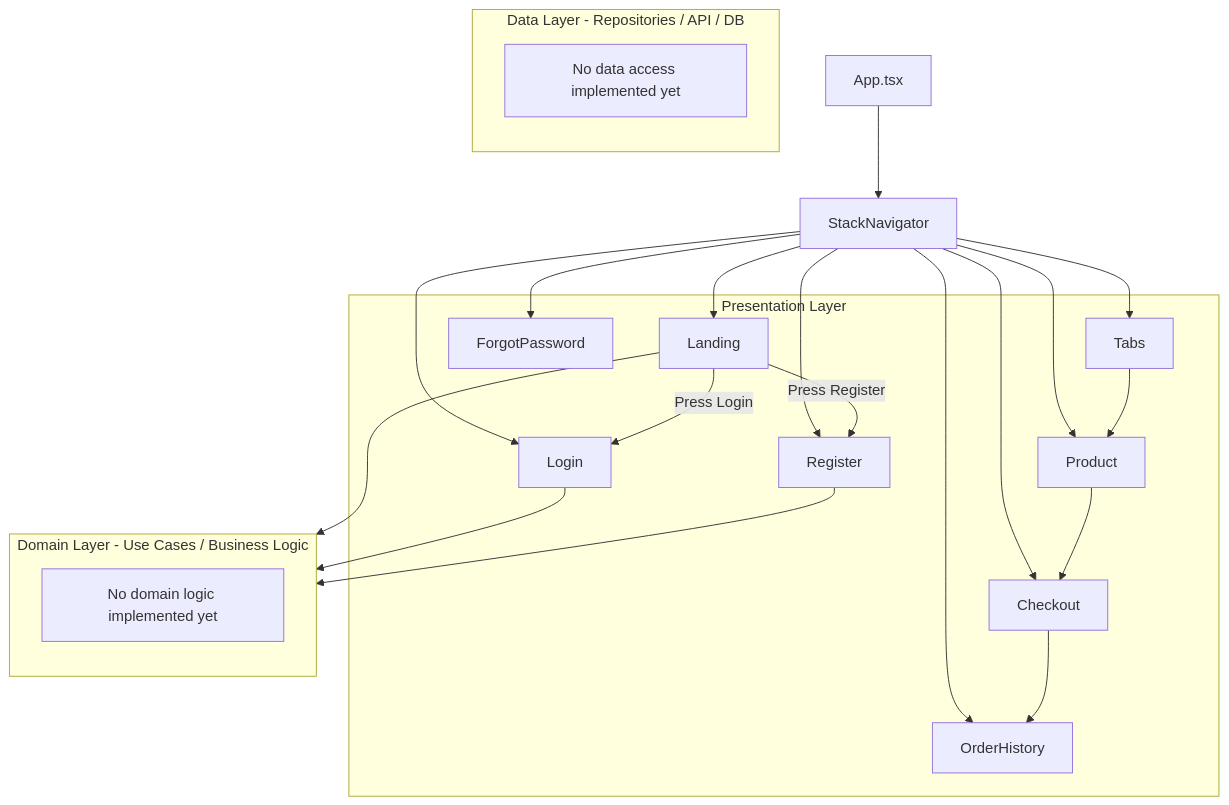
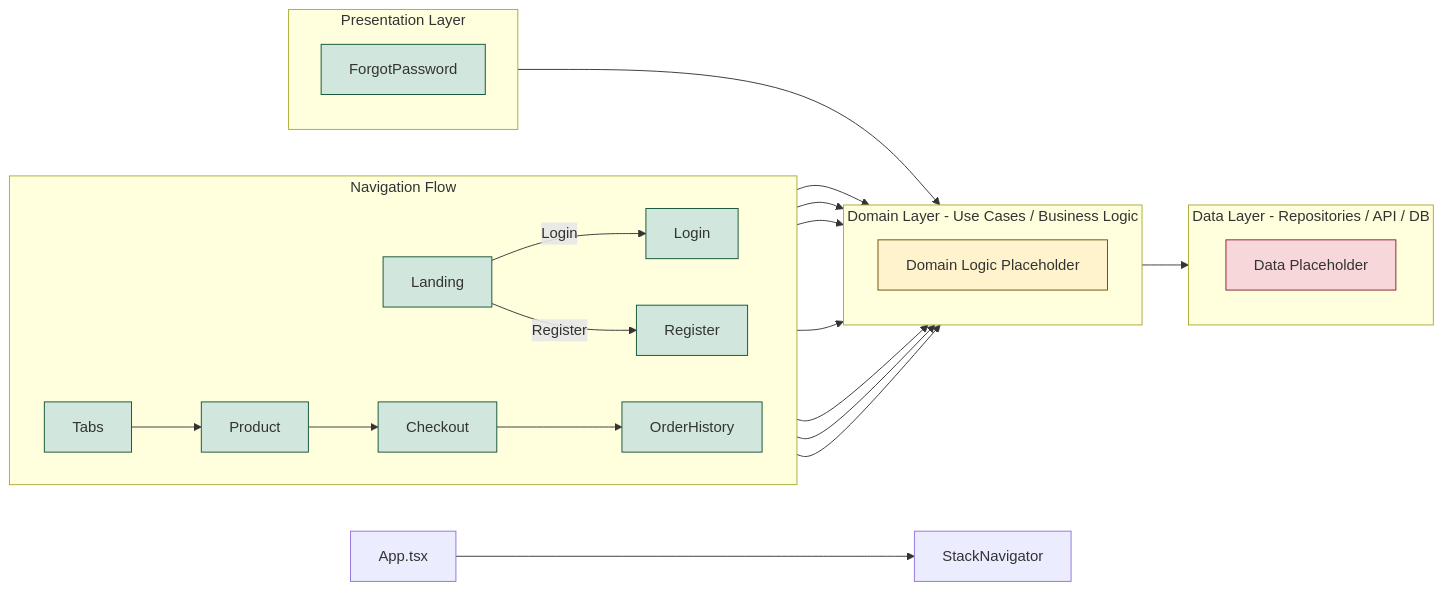
The diagram in src/docs/diagrams/StackNavigator.mmd (hegde10122/ShopLab), drawn with Mermaid before and after one commit. The commit also changed other lines of this file, not shown here.

Commit message:
added notes

```diff
--- a/src/docs/diagrams/StackNavigator.mmd
+++ b/src/docs/diagrams/StackNavigator.mmd
@@ -1,52 +1,61 @@
 %% File: docs/diagrams/StackNavigator.mmd
-%% Full StackNavigator Flow + Clean Architecture for ShopLab
+%% Clean & readable StackNavigator diagram for ShopLab
 
-flowchart TD
-    %% App entry
+graph LR
+    %% App Entry
     App[App.tsx] --> Stack[StackNavigator]
 
-    %% Screens
-    Stack --> Landing
-    Stack --> Login
-    Stack --> Register
-    Stack --> ForgotPassword
-    Stack --> Product
-    Stack --> Checkout
-    Stack --> OrderHistory
-    Stack --> Tabs
+    %% Navigation Flow
+    subgraph NavigationFlow["Navigation Flow"]
+        direction LR
+        Landing -->|Login| Login
+        Landing -->|Register| Register
+        Tabs --> Product
+        Product --> Checkout
+        Checkout --> OrderHistory
+    end
 
-    %% Navigation actions from Landing
-    Landing -->|Press Login| Login
-    Landing -->|Press Register| Register
-
-    %% Navigation from Tabs (example placeholder)
-    Tabs --> Product
-    Product --> Checkout
-    Checkout --> OrderHistory
-
-    %% Clean Architecture Layers
-    subgraph PresentationLayer[Presentation Layer]
+    %% Presentation Layer
+    subgraph PresentationLayer["Presentation Layer"]
+        direction TB
         Landing
         Login
         Register
         ForgotPassword
         Product
         Checkout
         OrderHistory
         Tabs
     end
 
-    subgraph DomainLayer[Domain Layer - Use Cases / Business Logic]
+    %% Domain Layer
+    subgraph DomainLayer["Domain Layer - Use Cases / Business Logic"]
         direction TB
-        DomainPlaceholder[No domain logic implemented yet]
+        DomainPlaceholder[Domain Logic Placeholder]
     end
 
-    subgraph DataLayer[Data Layer - Repositories / API / DB]
+    %% Data Layer
+    subgraph DataLayer["Data Layer - Repositories / API / DB"]
         direction TB
-        DataPlaceholder[No data access implemented yet]
+        DataPlaceholder[Data Placeholder]
     end
 
-    %% Connect Presentation to Domain & Data layers
+    %% Connect layers
     Landing --> DomainPlaceholder
     Login --> DomainPlaceholder
     Register --> DomainPlaceholder
+    ForgotPassword --> DomainPlaceholder
+    Product --> DomainPlaceholder
+    Checkout --> DomainPlaceholder
+    OrderHistory --> DomainPlaceholder
+    Tabs --> DomainPlaceholder
+    DomainPlaceholder --> DataPlaceholder
+
+    %% Styling
+    classDef presentation fill:#d1e7dd,stroke:#0f5132,stroke-width:1px
+    classDef domain fill:#fff3cd,stroke:#664d03,stroke-width:1px
+    classDef data fill:#f8d7da,stroke:#842029,stroke-width:1px
+
+    class Landing,Login,Register,ForgotPassword,Product,Checkout,OrderHistory,Tabs presentation
+    class DomainPlaceholder domain
+    class DataPlaceholder data
```
